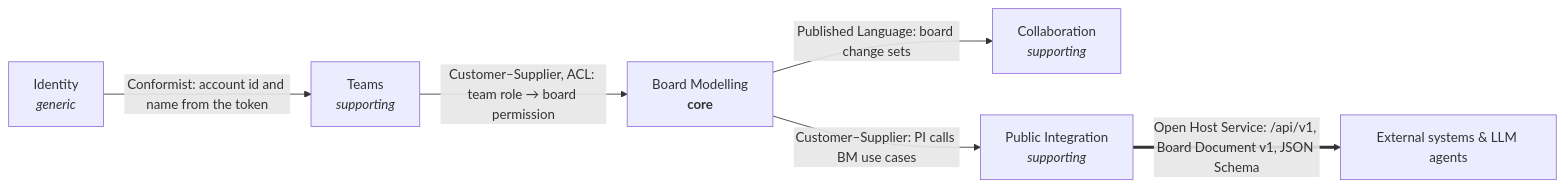
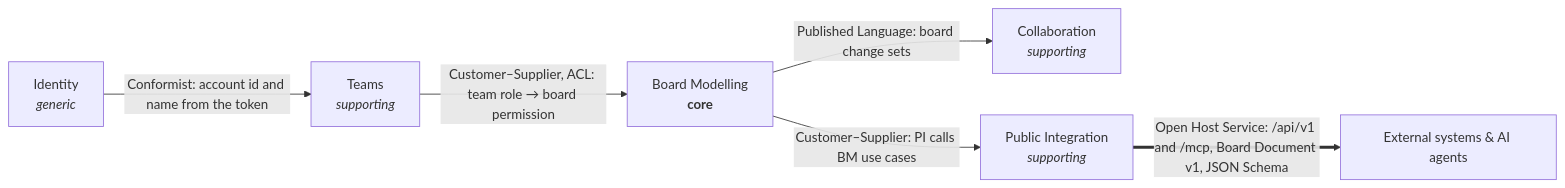
The first of 2 diagrams in README.md (codefinity/ai-assisted-event-storming), drawn with Mermaid before and after one commit. The commit also changed other lines of this file and 45 other files, not shown here.

````diff
--- a/README.md
+++ b/README.md
@@ -105,14 +108,14 @@
 ```mermaid
 flowchart LR
   ID["Identity<br/><i>generic</i>"]
   TM["Teams<br/><i>supporting</i>"]
   BM["Board Modelling<br/><b>core</b>"]
   CO["Collaboration<br/><i>supporting</i>"]
   PI["Public Integration<br/><i>supporting</i>"]
-  EXT["External systems & LLM agents"]
+  EXT["External systems & AI agents"]
   ID -- "Conformist: account id and name from the token" --> TM
   TM -- "Customer–Supplier, ACL: team role → board permission" --> BM
   BM -- "Published Language: board change sets" --> CO
   BM -- "Customer–Supplier: PI calls BM use cases" --> PI
-  PI == "Open Host Service: /api/v1, Board Document v1, JSON Schema" ==> EXT
+  PI == "Open Host Service: /api/v1 and /mcp, Board Document v1, JSON Schema" ==> EXT
 ```
````
